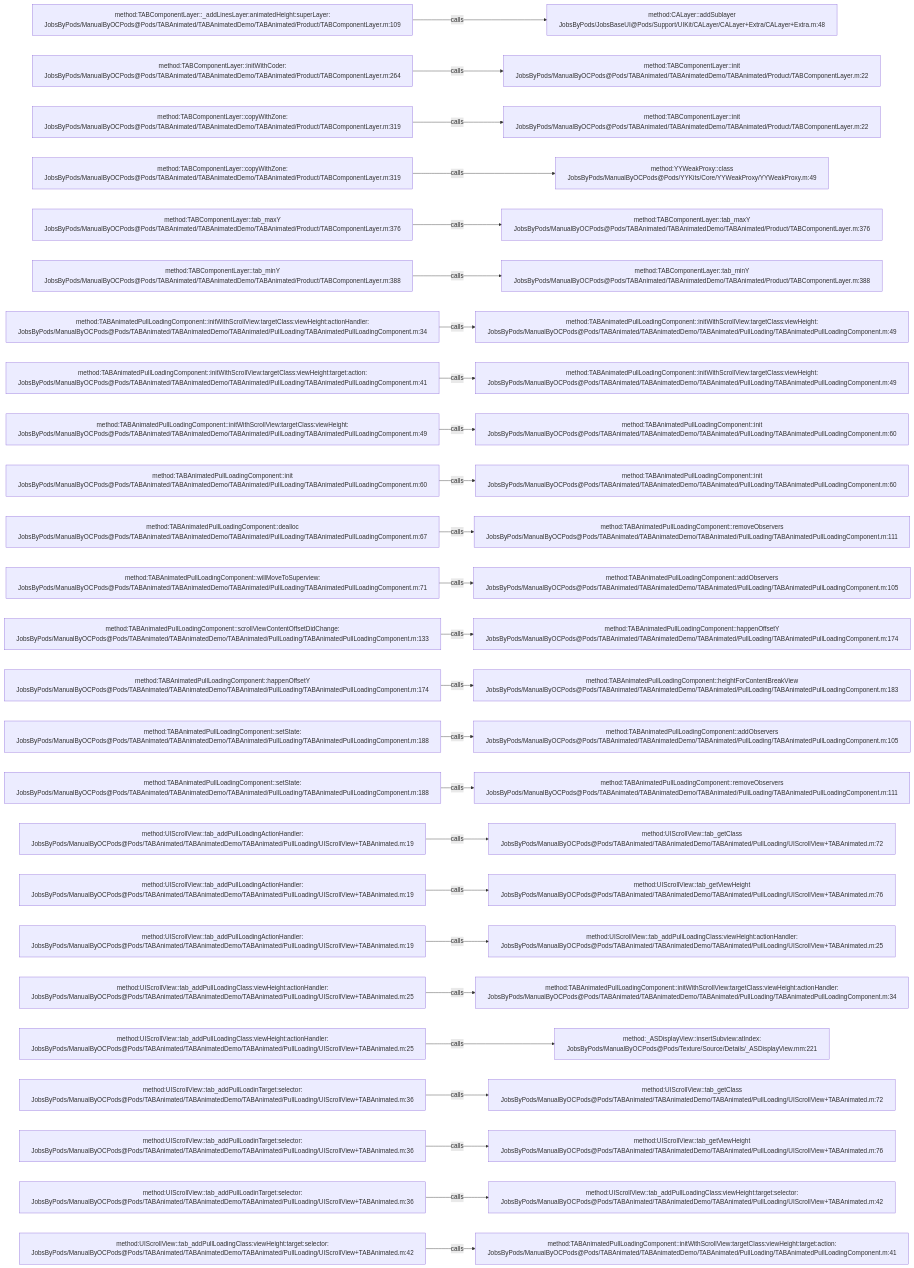
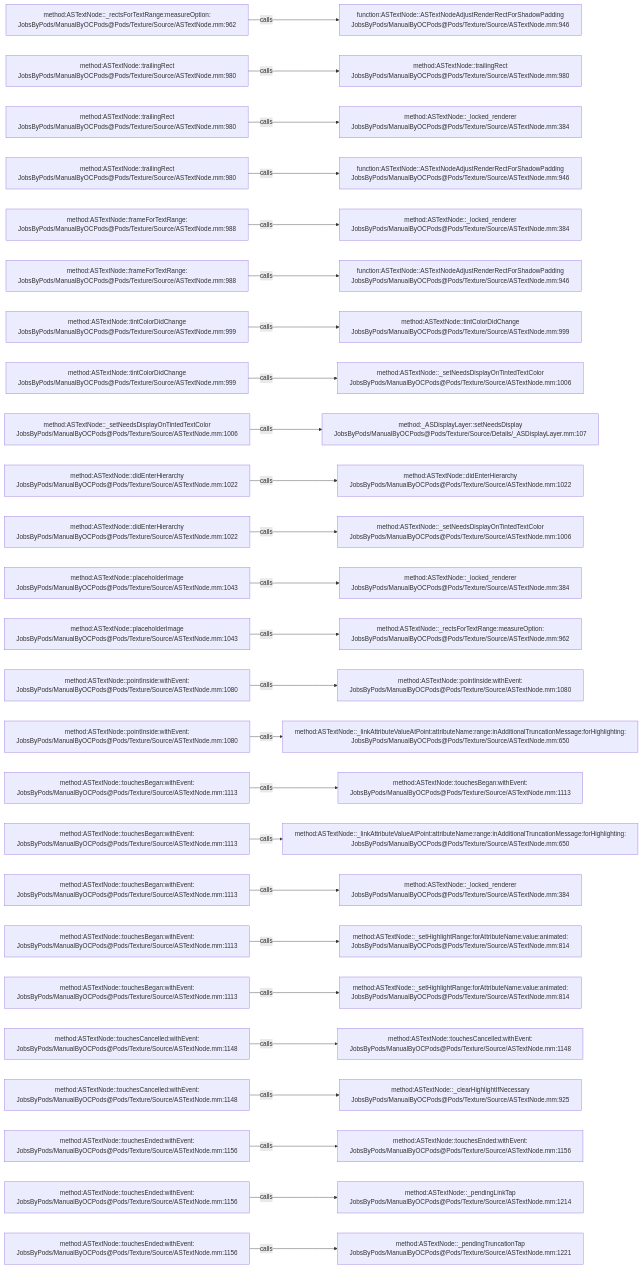
One commit to JobsKits/JobsOCBaseConfigDemo changed the diagram in .codegraph/codegraph.md/graphs/calls-144.md. Above: the diagram before and after it, drawn with Mermaid. The commit also changed 2162 other files, not shown here.

````diff
--- a/.codegraph/codegraph.md/graphs/calls-144.md
+++ b/.codegraph/codegraph.md/graphs/calls-144.md
@@ -13,78 +13,78 @@
 ```mermaid
 flowchart LR
-  S1["method:TABComponentLayer::_addLinesLayer:animatedHeight:superLayer:<br/>JobsByPods/ManualByOCPods@Pods/TABAnimated/TABAnimatedDemo/TABAnimated/Product/TABComponentLayer.m:109"]
-  T1["method:CALayer::addSublayer<br/>JobsByPods/JobsBaseUI@Pods/Support/UIKit/CALayer/CALayer+Extra/CALayer+Extra.m:48"]
+  S1["method:ASTextNode::_rectsForTextRange:measureOption:<br/>JobsByPods/ManualByOCPods@Pods/Texture/Source/ASTextNode.mm:962"]
+  T1["function:ASTextNode::ASTextNodeAdjustRenderRectForShadowPadding<br/>JobsByPods/ManualByOCPods@Pods/Texture/Source/ASTextNode.mm:946"]
   S1 -->|calls| T1
-  S2["method:TABComponentLayer::initWithCoder:<br/>JobsByPods/ManualByOCPods@Pods/TABAnimated/TABAnimatedDemo/TABAnimated/Product/TABComponentLayer.m:264"]
-  T2["method:TABComponentLayer::init<br/>JobsByPods/ManualByOCPods@Pods/TABAnimated/TABAnimatedDemo/TABAnimated/Product/TABComponentLayer.m:22"]
+  S2["method:ASTextNode::trailingRect<br/>JobsByPods/ManualByOCPods@Pods/Texture/Source/ASTextNode.mm:980"]
+  T2["method:ASTextNode::trailingRect<br/>JobsByPods/ManualByOCPods@Pods/Texture/Source/ASTextNode.mm:980"]
   S2 -->|calls| T2
-  S3["method:TABComponentLayer::copyWithZone:<br/>JobsByPods/ManualByOCPods@Pods/TABAnimated/TABAnimatedDemo/TABAnimated/Product/TABComponentLayer.m:319"]
-  T3["method:TABComponentLayer::init<br/>JobsByPods/ManualByOCPods@Pods/TABAnimated/TABAnimatedDemo/TABAnimated/Product/TABComponentLayer.m:22"]
+  S3["method:ASTextNode::trailingRect<br/>JobsByPods/ManualByOCPods@Pods/Texture/Source/ASTextNode.mm:980"]
+  T3["method:ASTextNode::_locked_renderer<br/>JobsByPods/ManualByOCPods@Pods/Texture/Source/ASTextNode.mm:384"]
   S3 -->|calls| T3
-  S4["method:TABComponentLayer::copyWithZone:<br/>JobsByPods/ManualByOCPods@Pods/TABAnimated/TABAnimatedDemo/TABAnimated/Product/TABComponentLayer.m:319"]
-  T4["method:YYWeakProxy::class<br/>JobsByPods/ManualByOCPods@Pods/YYKits/Core/YYWeakProxy/YYWeakProxy.m:49"]
+  S4["method:ASTextNode::trailingRect<br/>JobsByPods/ManualByOCPods@Pods/Texture/Source/ASTextNode.mm:980"]
+  T4["function:ASTextNode::ASTextNodeAdjustRenderRectForShadowPadding<br/>JobsByPods/ManualByOCPods@Pods/Texture/Source/ASTextNode.mm:946"]
   S4 -->|calls| T4
-  S5["method:TABComponentLayer::tab_maxY<br/>JobsByPods/ManualByOCPods@Pods/TABAnimated/TABAnimatedDemo/TABAnimated/Product/TABComponentLayer.m:376"]
-  T5["method:TABComponentLayer::tab_maxY<br/>JobsByPods/ManualByOCPods@Pods/TABAnimated/TABAnimatedDemo/TABAnimated/Product/TABComponentLayer.m:376"]
+  S5["method:ASTextNode::frameForTextRange:<br/>JobsByPods/ManualByOCPods@Pods/Texture/Source/ASTextNode.mm:988"]
+  T5["method:ASTextNode::_locked_renderer<br/>JobsByPods/ManualByOCPods@Pods/Texture/Source/ASTextNode.mm:384"]
   S5 -->|calls| T5
-  S6["method:TABComponentLayer::tab_minY<br/>JobsByPods/ManualByOCPods@Pods/TABAnimated/TABAnimatedDemo/TABAnimated/Product/TABComponentLayer.m:388"]
-  T6["method:TABComponentLayer::tab_minY<br/>JobsByPods/ManualByOCPods@Pods/TABAnimated/TABAnimatedDemo/TABAnimated/Product/TABComponentLayer.m:388"]
+  S6["method:ASTextNode::frameForTextRange:<br/>JobsByPods/ManualByOCPods@Pods/Texture/Source/ASTextNode.mm:988"]
+  T6["function:ASTextNode::ASTextNodeAdjustRenderRectForShadowPadding<br/>JobsByPods/ManualByOCPods@Pods/Texture/Source/ASTextNode.mm:946"]
   S6 -->|calls| T6
-  S7["method:TABAnimatedPullLoadingComponent::initWithScrollView:targetClass:viewHeight:actionHandler:<br/>JobsByPods/ManualByOCPods@Pods/TABAnimated/TABAnimatedDemo/TABAnimated/PullLoading/TABAnimatedPullLoadingComponent.m:34"]
-  T7["method:TABAnimatedPullLoadingComponent::initWithScrollView:targetClass:viewHeight:<br/>JobsByPods/ManualByOCPods@Pods/TABAnimated/TABAnimatedDemo/TABAnimated/PullLoading/TABAnimatedPullLoadingComponent.m:49"]
+  S7["method:ASTextNode::tintColorDidChange<br/>JobsByPods/ManualByOCPods@Pods/Texture/Source/ASTextNode.mm:999"]
+  T7["method:ASTextNode::tintColorDidChange<br/>JobsByPods/ManualByOCPods@Pods/Texture/Source/ASTextNode.mm:999"]
   S7 -->|calls| T7
-  S8["method:TABAnimatedPullLoadingComponent::initWithScrollView:targetClass:viewHeight:target:action:<br/>JobsByPods/ManualByOCPods@Pods/TABAnimated/TABAnimatedDemo/TABAnimated/PullLoading/TABAnimatedPullLoadingComponent.m:41"]
-  T8["method:TABAnimatedPullLoadingComponent::initWithScrollView:targetClass:viewHeight:<br/>JobsByPods/ManualByOCPods@Pods/TABAnimated/TABAnimatedDemo/TABAnimated/PullLoading/TABAnimatedPullLoadingComponent.m:49"]
+  S8["method:ASTextNode::tintColorDidChange<br/>JobsByPods/ManualByOCPods@Pods/Texture/Source/ASTextNode.mm:999"]
+  T8["method:ASTextNode::_setNeedsDisplayOnTintedTextColor<br/>JobsByPods/ManualByOCPods@Pods/Texture/Source/ASTextNode.mm:1006"]
   S8 -->|calls| T8
-  S9["method:TABAnimatedPullLoadingComponent::initWithScrollView:targetClass:viewHeight:<br/>JobsByPods/ManualByOCPods@Pods/TABAnimated/TABAnimatedDemo/TABAnimated/PullLoading/TABAnimatedPullLoadingComponent.m:49"]
-  T9["method:TABAnimatedPullLoadingComponent::init<br/>JobsByPods/ManualByOCPods@Pods/TABAnimated/TABAnimatedDemo/TABAnimated/PullLoading/TABAnimatedPullLoadingComponent.m:60"]
+  S9["method:ASTextNode::_setNeedsDisplayOnTintedTextColor<br/>JobsByPods/ManualByOCPods@Pods/Texture/Source/ASTextNode.mm:1006"]
+  T9["method:_ASDisplayLayer::setNeedsDisplay<br/>JobsByPods/ManualByOCPods@Pods/Texture/Source/Details/_ASDisplayLayer.mm:107"]
   S9 -->|calls| T9
-  S10["method:TABAnimatedPullLoadingComponent::init<br/>JobsByPods/ManualByOCPods@Pods/TABAnimated/TABAnimatedDemo/TABAnimated/PullLoading/TABAnimatedPullLoadingComponent.m:60"]
-  T10["method:TABAnimatedPullLoadingComponent::init<br/>JobsByPods/ManualByOCPods@Pods/TABAnimated/TABAnimatedDemo/TABAnimated/PullLoading/TABAnimatedPullLoadingComponent.m:60"]
+  S10["method:ASTextNode::didEnterHierarchy<br/>JobsByPods/ManualByOCPods@Pods/Texture/Source/ASTextNode.mm:1022"]
+  T10["method:ASTextNode::didEnterHierarchy<br/>JobsByPods/ManualByOCPods@Pods/Texture/Source/ASTextNode.mm:1022"]
   S10 -->|calls| T10
-  S11["method:TABAnimatedPullLoadingComponent::dealloc<br/>JobsByPods/ManualByOCPods@Pods/TABAnimated/TABAnimatedDemo/TABAnimated/PullLoading/TABAnimatedPullLoadingComponent.m:67"]
-  T11["method:TABAnimatedPullLoadingComponent::removeObservers<br/>JobsByPods/ManualByOCPods@Pods/TABAnimated/TABAnimatedDemo/TABAnimated/PullLoading/TABAnimatedPullLoadingComponent.m:111"]
+  S11["method:ASTextNode::didEnterHierarchy<br/>JobsByPods/ManualByOCPods@Pods/Texture/Source/ASTextNode.mm:1022"]
+  T11["method:ASTextNode::_setNeedsDisplayOnTintedTextColor<br/>JobsByPods/ManualByOCPods@Pods/Texture/Source/ASTextNode.mm:1006"]
   S11 -->|calls| T11
-  S12["method:TABAnimatedPullLoadingComponent::willMoveToSuperview:<br/>JobsByPods/ManualByOCPods@Pods/TABAnimated/TABAnimatedDemo/TABAnimated/PullLoading/TABAnimatedPullLoadingComponent.m:71"]
-  T12["method:TABAnimatedPullLoadingComponent::addObservers<br/>JobsByPods/ManualByOCPods@Pods/TABAnimated/TABAnimatedDemo/TABAnimated/PullLoading/TABAnimatedPullLoadingComponent.m:105"]
+  S12["method:ASTextNode::placeholderImage<br/>JobsByPods/ManualByOCPods@Pods/Texture/Source/ASTextNode.mm:1043"]
+  T12["method:ASTextNode::_locked_renderer<br/>JobsByPods/ManualByOCPods@Pods/Texture/Source/ASTextNode.mm:384"]
   S12 -->|calls| T12
-  S13["method:TABAnimatedPullLoadingComponent::scrollViewContentOffsetDidChange:<br/>JobsByPods/ManualByOCPods@Pods/TABAnimated/TABAnimatedDemo/TABAnimated/PullLoading/TABAnimatedPullLoadingComponent.m:133"]
-  T13["method:TABAnimatedPullLoadingComponent::happenOffsetY<br/>JobsByPods/ManualByOCPods@Pods/TABAnimated/TABAnimatedDemo/TABAnimated/PullLoading/TABAnimatedPullLoadingComponent.m:174"]
+  S13["method:ASTextNode::placeholderImage<br/>JobsByPods/ManualByOCPods@Pods/Texture/Source/ASTextNode.mm:1043"]
+  T13["method:ASTextNode::_rectsForTextRange:measureOption:<br/>JobsByPods/ManualByOCPods@Pods/Texture/Source/ASTextNode.mm:962"]
   S13 -->|calls| T13
-  S14["method:TABAnimatedPullLoadingComponent::happenOffsetY<br/>JobsByPods/ManualByOCPods@Pods/TABAnimated/TABAnimatedDemo/TABAnimated/PullLoading/TABAnimatedPullLoadingComponent.m:174"]
-  T14["method:TABAnimatedPullLoadingComponent::heightForContentBreakView<br/>JobsByPods/ManualByOCPods@Pods/TABAnimated/TABAnimatedDemo/TABAnimated/PullLoading/TABAnimatedPullLoadingComponent.m:183"]
+  S14["method:ASTextNode::pointInside:withEvent:<br/>JobsByPods/ManualByOCPods@Pods/Texture/Source/ASTextNode.mm:1080"]
+  T14["method:ASTextNode::pointInside:withEvent:<br/>JobsByPods/ManualByOCPods@Pods/Texture/Source/ASTextNode.mm:1080"]
   S14 -->|calls| T14
-  S15["method:TABAnimatedPullLoadingComponent::setState:<br/>JobsByPods/ManualByOCPods@Pods/TABAnimated/TABAnimatedDemo/TABAnimated/PullLoading/TABAnimatedPullLoadingComponent.m:188"]
-  T15["method:TABAnimatedPullLoadingComponent::addObservers<br/>JobsByPods/ManualByOCPods@Pods/TABAnimated/TABAnimatedDemo/TABAnimated/PullLoading/TABAnimatedPullLoadingComponent.m:105"]
+  S15["method:ASTextNode::pointInside:withEvent:<br/>JobsByPods/ManualByOCPods@Pods/Texture/Source/ASTextNode.mm:1080"]
+  T15["method:ASTextNode::_linkAttributeValueAtPoint:attributeName:range:inAdditionalTruncationMessage:forHighlighting:<br/>JobsByPods/ManualByOCPods@Pods/Texture/Source/ASTextNode.mm:650"]
   S15 -->|calls| T15
-  S16["method:TABAnimatedPullLoadingComponent::setState:<br/>JobsByPods/ManualByOCPods@Pods/TABAnimated/TABAnimatedDemo/TABAnimated/PullLoading/TABAnimatedPullLoadingComponent.m:188"]
-  T16["method:TABAnimatedPullLoadingComponent::removeObservers<br/>JobsByPods/ManualByOCPods@Pods/TABAnimated/TABAnimatedDemo/TABAnimated/PullLoading/TABAnimatedPullLoadingComponent.m:111"]
+  S16["method:ASTextNode::touchesBegan:withEvent:<br/>JobsByPods/ManualByOCPods@Pods/Texture/Source/ASTextNode.mm:1113"]
+  T16["method:ASTextNode::touchesBegan:withEvent:<br/>JobsByPods/ManualByOCPods@Pods/Texture/Source/ASTextNode.mm:1113"]
   S16 -->|calls| T16
-  S17["method:UIScrollView::tab_addPullLoadingActionHandler:<br/>JobsByPods/ManualByOCPods@Pods/TABAnimated/TABAnimatedDemo/TABAnimated/PullLoading/UIScrollView+TABAnimated.m:19"]
-  T17["method:UIScrollView::tab_getClass<br/>JobsByPods/ManualByOCPods@Pods/TABAnimated/TABAnimatedDemo/TABAnimated/PullLoading/UIScrollView+TABAnimated.m:72"]
+  S17["method:ASTextNode::touchesBegan:withEvent:<br/>JobsByPods/ManualByOCPods@Pods/Texture/Source/ASTextNode.mm:1113"]
+  T17["method:ASTextNode::_linkAttributeValueAtPoint:attributeName:range:inAdditionalTruncationMessage:forHighlighting:<br/>JobsByPods/ManualByOCPods@Pods/Texture/Source/ASTextNode.mm:650"]
   S17 -->|calls| T17
-  S18["method:UIScrollView::tab_addPullLoadingActionHandler:<br/>JobsByPods/ManualByOCPods@Pods/TABAnimated/TABAnimatedDemo/TABAnimated/PullLoading/UIScrollView+TABAnimated.m:19"]
-  T18["method:UIScrollView::tab_getViewHeight<br/>JobsByPods/ManualByOCPods@Pods/TABAnimated/TABAnimatedDemo/TABAnimated/PullLoading/UIScrollView+TABAnimated.m:76"]
+  S18["method:ASTextNode::touchesBegan:withEvent:<br/>JobsByPods/ManualByOCPods@Pods/Texture/Source/ASTextNode.mm:1113"]
+  T18["method:ASTextNode::_locked_renderer<br/>JobsByPods/ManualByOCPods@Pods/Texture/Source/ASTextNode.mm:384"]
   S18 -->|calls| T18
-  S19["method:UIScrollView::tab_addPullLoadingActionHandler:<br/>JobsByPods/ManualByOCPods@Pods/TABAnimated/TABAnimatedDemo/TABAnimated/PullLoading/UIScrollView+TABAnimated.m:19"]
-  T19["method:UIScrollView::tab_addPullLoadingClass:viewHeight:actionHandler:<br/>JobsByPods/ManualByOCPods@Pods/TABAnimated/TABAnimatedDemo/TABAnimated/PullLoading/UIScrollView+TABAnimated.m:25"]
+  S19["method:ASTextNode::touchesBegan:withEvent:<br/>JobsByPods/ManualByOCPods@Pods/Texture/Source/ASTextNode.mm:1113"]
+  T19["method:ASTextNode::_setHighlightRange:forAttributeName:value:animated:<br/>JobsByPods/ManualByOCPods@Pods/Texture/Source/ASTextNode.mm:814"]
   S19 -->|calls| T19
-  S20["method:UIScrollView::tab_addPullLoadingClass:viewHeight:actionHandler:<br/>JobsByPods/ManualByOCPods@Pods/TABAnimated/TABAnimatedDemo/TABAnimated/PullLoading/UIScrollView+TABAnimated.m:25"]
-  T20["method:TABAnimatedPullLoadingComponent::initWithScrollView:targetClass:viewHeight:actionHandler:<br/>JobsByPods/ManualByOCPods@Pods/TABAnimated/TABAnimatedDemo/TABAnimated/PullLoading/TABAnimatedPullLoadingComponent.m:34"]
+  S20["method:ASTextNode::touchesBegan:withEvent:<br/>JobsByPods/ManualByOCPods@Pods/Texture/Source/ASTextNode.mm:1113"]
+  T20["method:ASTextNode::_setHighlightRange:forAttributeName:value:animated:<br/>JobsByPods/ManualByOCPods@Pods/Texture/Source/ASTextNode.mm:814"]
   S20 -->|calls| T20
-  S21["method:UIScrollView::tab_addPullLoadingClass:viewHeight:actionHandler:<br/>JobsByPods/ManualByOCPods@Pods/TABAnimated/TABAnimatedDemo/TABAnimated/PullLoading/UIScrollView+TABAnimated.m:25"]
-  T21["method:_ASDisplayView::insertSubview:atIndex:<br/>JobsByPods/ManualByOCPods@Pods/Texture/Source/Details/_ASDisplayView.mm:221"]
+  S21["method:ASTextNode::touchesCancelled:withEvent:<br/>JobsByPods/ManualByOCPods@Pods/Texture/Source/ASTextNode.mm:1148"]
+  T21["method:ASTextNode::touchesCancelled:withEvent:<br/>JobsByPods/ManualByOCPods@Pods/Texture/Source/ASTextNode.mm:1148"]
   S21 -->|calls| T21
-  S22["method:UIScrollView::tab_addPullLoadinTarget:selector:<br/>JobsByPods/ManualByOCPods@Pods/TABAnimated/TABAnimatedDemo/TABAnimated/PullLoading/UIScrollView+TABAnimated.m:36"]
-  T22["method:UIScrollView::tab_getClass<br/>JobsByPods/ManualByOCPods@Pods/TABAnimated/TABAnimatedDemo/TABAnimated/PullLoading/UIScrollView+TABAnimated.m:72"]
+  S22["method:ASTextNode::touchesCancelled:withEvent:<br/>JobsByPods/ManualByOCPods@Pods/Texture/Source/ASTextNode.mm:1148"]
+  T22["method:ASTextNode::_clearHighlightIfNecessary<br/>JobsByPods/ManualByOCPods@Pods/Texture/Source/ASTextNode.mm:925"]
   S22 -->|calls| T22
-  S23["method:UIScrollView::tab_addPullLoadinTarget:selector:<br/>JobsByPods/ManualByOCPods@Pods/TABAnimated/TABAnimatedDemo/TABAnimated/PullLoading/UIScrollView+TABAnimated.m:36"]
-  T23["method:UIScrollView::tab_getViewHeight<br/>JobsByPods/ManualByOCPods@Pods/TABAnimated/TABAnimatedDemo/TABAnimated/PullLoading/UIScrollView+TABAnimated.m:76"]
+  S23["method:ASTextNode::touchesEnded:withEvent:<br/>JobsByPods/ManualByOCPods@Pods/Texture/Source/ASTextNode.mm:1156"]
+  T23["method:ASTextNode::touchesEnded:withEvent:<br/>JobsByPods/ManualByOCPods@Pods/Texture/Source/ASTextNode.mm:1156"]
   S23 -->|calls| T23
-  S24["method:UIScrollView::tab_addPullLoadinTarget:selector:<br/>JobsByPods/ManualByOCPods@Pods/TABAnimated/TABAnimatedDemo/TABAnimated/PullLoading/UIScrollView+TABAnimated.m:36"]
-  T24["method:UIScrollView::tab_addPullLoadingClass:viewHeight:target:selector:<br/>JobsByPods/ManualByOCPods@Pods/TABAnimated/TABAnimatedDemo/TABAnimated/PullLoading/UIScrollView+TABAnimated.m:42"]
+  S24["method:ASTextNode::touchesEnded:withEvent:<br/>JobsByPods/ManualByOCPods@Pods/Texture/Source/ASTextNode.mm:1156"]
+  T24["method:ASTextNode::_pendingLinkTap<br/>JobsByPods/ManualByOCPods@Pods/Texture/Source/ASTextNode.mm:1214"]
   S24 -->|calls| T24
-  S25["method:UIScrollView::tab_addPullLoadingClass:viewHeight:target:selector:<br/>JobsByPods/ManualByOCPods@Pods/TABAnimated/TABAnimatedDemo/TABAnimated/PullLoading/UIScrollView+TABAnimated.m:42"]
-  T25["method:TABAnimatedPullLoadingComponent::initWithScrollView:targetClass:viewHeight:target:action:<br/>JobsByPods/ManualByOCPods@Pods/TABAnimated/TABAnimatedDemo/TABAnimated/PullLoading/TABAnimatedPullLoadingComponent.m:41"]
+  S25["method:ASTextNode::touchesEnded:withEvent:<br/>JobsByPods/ManualByOCPods@Pods/Texture/Source/ASTextNode.mm:1156"]
+  T25["method:ASTextNode::_pendingTruncationTap<br/>JobsByPods/ManualByOCPods@Pods/Texture/Source/ASTextNode.mm:1221"]
   S25 -->|calls| T25
 ```
````
